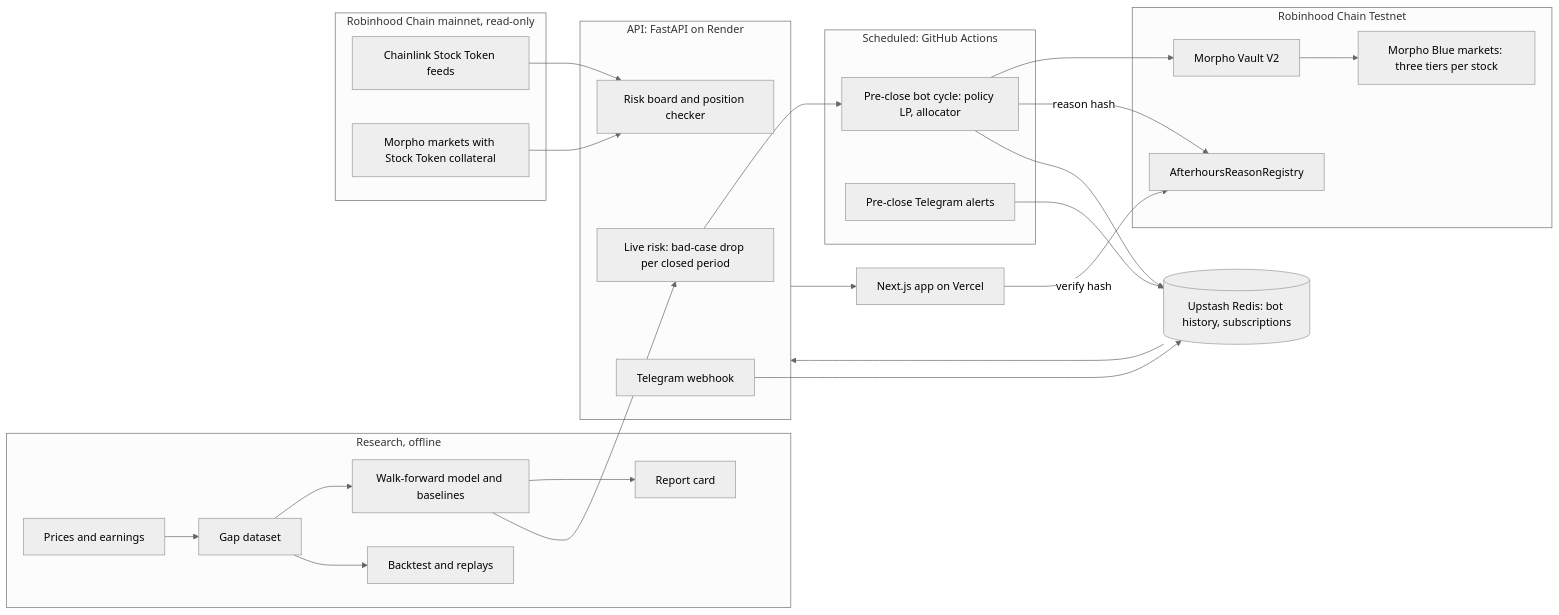
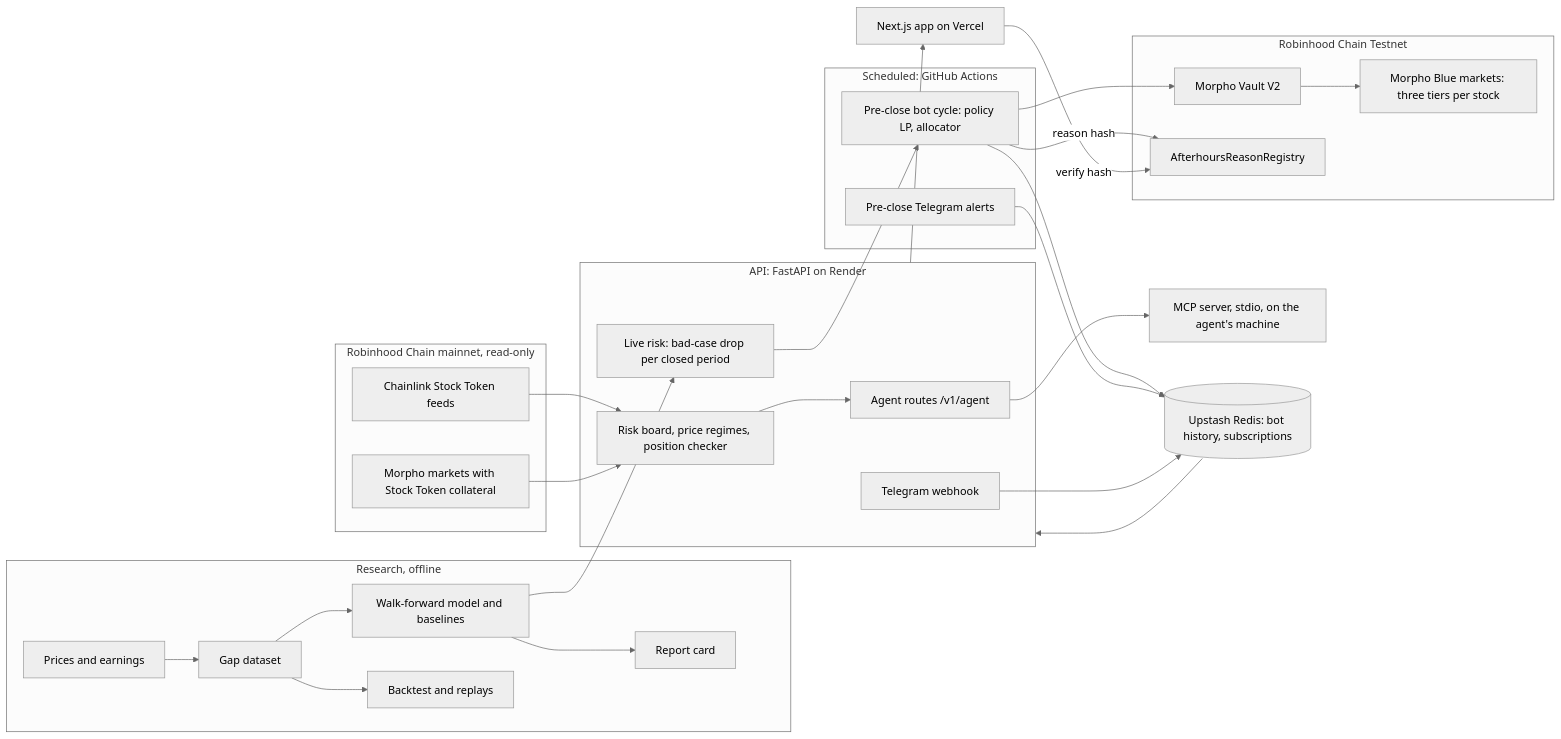
The diagram in README.md (bytes06runner/AfterHours), drawn with Mermaid (neutral theme) before and after one commit. The commit also changed other lines of this file and 9 other files, not shown here.

````diff
--- a/README.md
+++ b/README.md
@@ -198,40 +260,44 @@
 ```mermaid
 flowchart LR
   subgraph research[Research, offline]
     P[Prices and earnings] --> G[Gap dataset]
     G --> M[Walk-forward model and baselines]
     M --> RC[Report card]
     G --> BT[Backtest and replays]
   end
   subgraph api[API: FastAPI on Render]
     R[Live risk: bad-case drop per closed period]
-    LIVE[Risk board and position checker]
+    LIVE[Risk board, price regimes, position checker]
+    AGT[Agent routes /v1/agent]
     TGW[Telegram webhook]
   end
+  MCP[MCP server, stdio, on the agent's machine]
   subgraph jobs[Scheduled: GitHub Actions]
     BOT[Pre-close bot cycle: policy LP, allocator]
     AL[Pre-close Telegram alerts]
   end
   subgraph testnet[Robinhood Chain Testnet]
     V[Morpho Vault V2] --> MK[Morpho Blue markets: three tiers per stock]
     REG[AfterhoursReasonRegistry]
   end
   subgraph mainnet[Robinhood Chain mainnet, read-only]
     FEEDS[Chainlink Stock Token feeds]
     MM[Morpho markets with Stock Token collateral]
   end
   KV[(Upstash Redis: bot history, subscriptions)]
   WEB[Next.js app on Vercel]
   M --> R
   R --> BOT
   BOT --> V
   BOT -- reason hash --> REG
   BOT --> KV
   AL --> KV
   TGW --> KV
   FEEDS --> LIVE
   MM --> LIVE
+  LIVE --> AGT
+  AGT --> MCP
   KV --> api
   api --> WEB
   WEB -- verify hash --> REG
 ```
````
